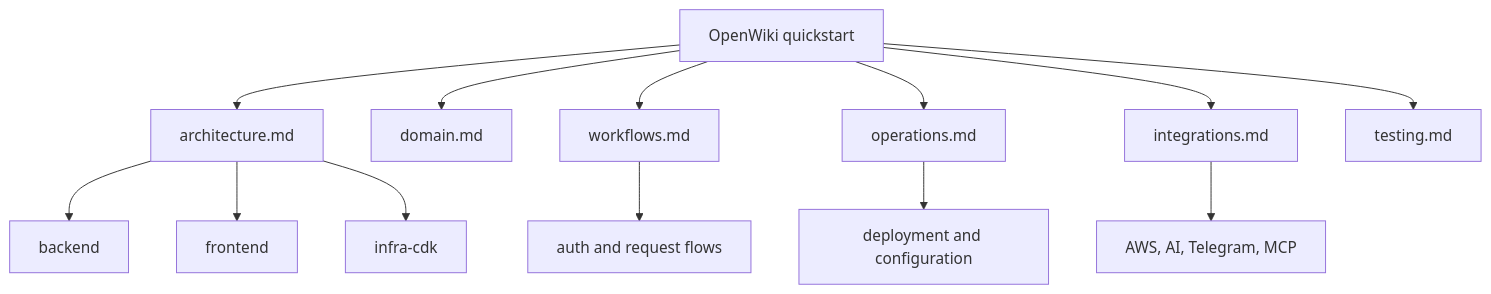
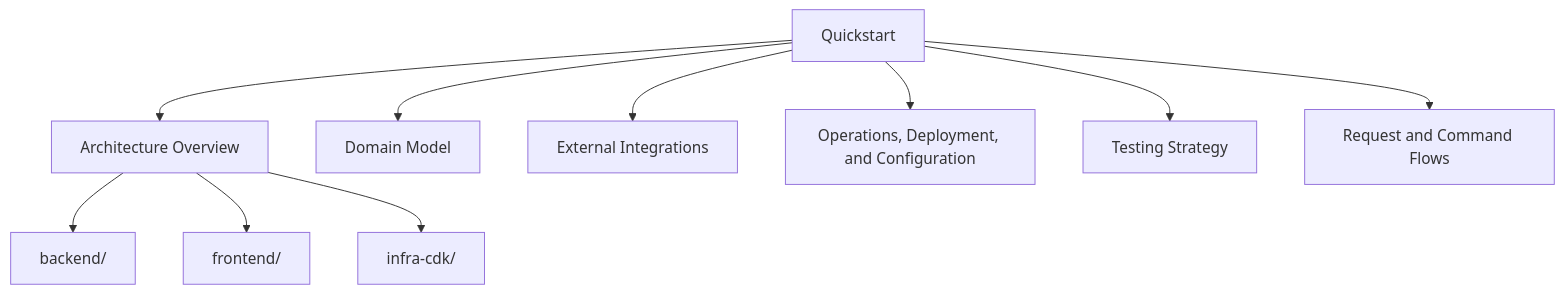
Before and after one commit to alexei-lexx/budget: the diagram in openwiki/quickstart.md, drawn with Mermaid. The commit also changed other lines of this file and 38 other files, not shown here.

First line of the commit message:
docs: update OpenWiki (#680)

````diff
--- a/openwiki/quickstart.md
+++ b/openwiki/quickstart.md
@@ -84,16 +102,13 @@
 ```mermaid
 flowchart TD
-  Quickstart["OpenWiki quickstart"] --> Arch["architecture.md"]
-  Quickstart --> Domain["domain.md"]
-  Quickstart --> Workflows["workflows.md"]
-  Quickstart --> Ops["operations.md"]
-  Quickstart --> Integrations["integrations.md"]
-  Quickstart --> Testing["testing.md"]
+  Quickstart["Quickstart"] --> Arch["Architecture Overview"]
+  Quickstart --> Domain["Domain Model"]
+  Quickstart --> Integrations["External Integrations"]
+  Quickstart --> Ops["Operations, Deployment, and Configuration"]
+  Quickstart --> Testing["Testing Strategy"]
+  Quickstart --> Workflows["Request and Command Flows"]
 
-  Arch --> Backend["backend"]
-  Arch --> Frontend["frontend"]
-  Arch --> Infra["infra-cdk"]
-  Workflows --> Auth["auth and request flows"]
-  Ops --> Deploy["deployment and configuration"]
-  Integrations --> External["AWS, AI, Telegram, MCP"]
+  Arch --> Backend["backend/"]
+  Arch --> Frontend["frontend/"]
+  Arch --> Infra["infra-cdk/"]
 ```
````
